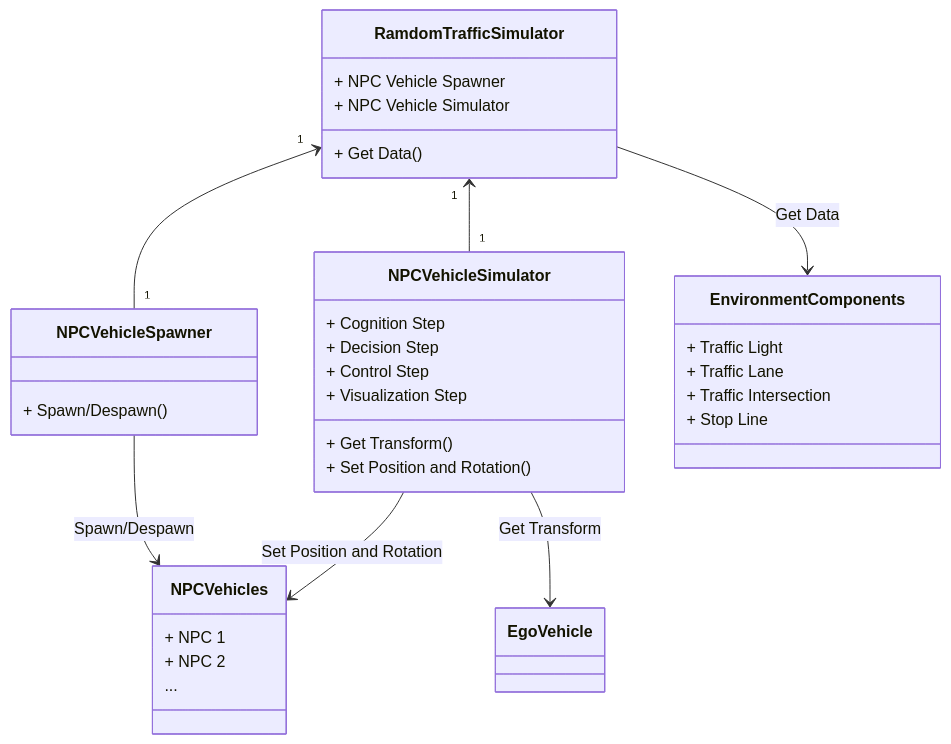
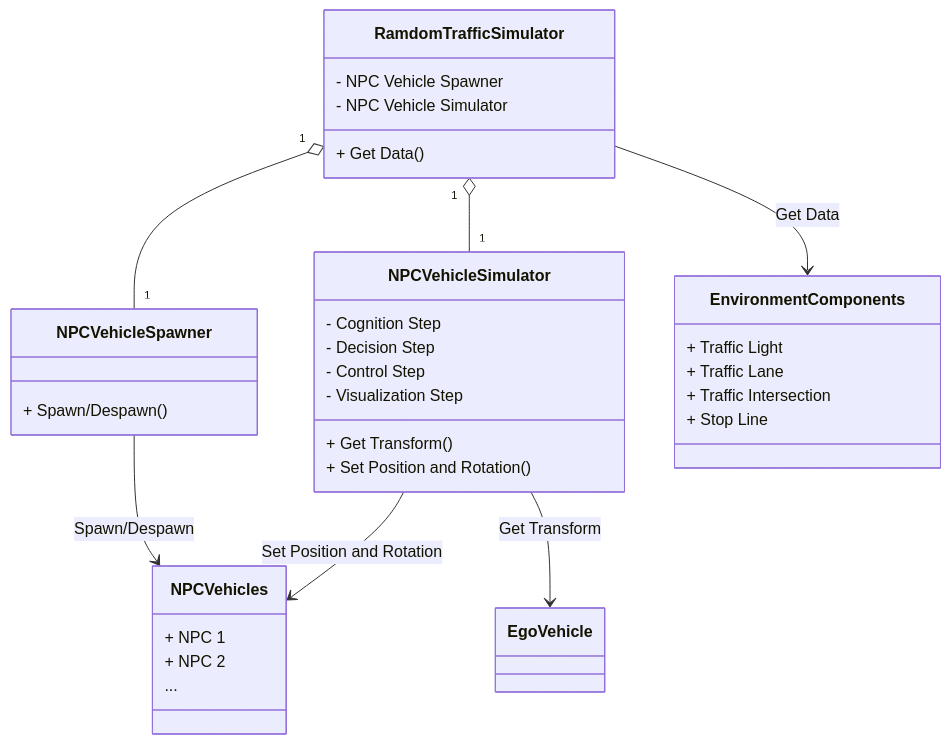
Before and after one commit to tier4/AWSIM: the diagram in docs/DeveloperGuide/Layer/Usecase/TrafficSimulation/Abstract/index.md, drawn with Mermaid.

Commit message:
docs: class diagram

````diff
--- a/docs/DeveloperGuide/Layer/Usecase/TrafficSimulation/Abstract/index.md
+++ b/docs/DeveloperGuide/Layer/Usecase/TrafficSimulation/Abstract/index.md
@@ -19,38 +19,38 @@
 ``` mermaid
 classDiagram
-    Ramdom Traffic Simulator "1" <-- "1" NPC Vehicle Spawner
-    Ramdom Traffic Simulator "1" <-- "1" NPC Vehicle Simulator
+    Ramdom Traffic Simulator "1" o-- "1" NPC Vehicle Spawner
+    Ramdom Traffic Simulator "1" o-- "1" NPC Vehicle Simulator
     NPC Vehicle Simulator --> Ego Vehicle:Get Transform
     NPC Vehicle Spawner --> NPC Vehicles:Spawn/Despawn
     NPC Vehicle Simulator --> NPC Vehicles:Set Position and Rotation
     Ramdom Traffic Simulator --> Environment Components:Get Data
     class Ramdom Traffic Simulator{
-        + NPC Vehicle Spawner
-        + NPC Vehicle Simulator
+        - NPC Vehicle Spawner
+        - NPC Vehicle Simulator
         + Get Data()
     }
     class NPC Vehicle Spawner{
         + Spawn/Despawn()
     }
     class NPC Vehicle Simulator{
-        + Cognition Step
-        + Decision Step
-        + Control Step
-        + Visualization Step
+        - Cognition Step
+        - Decision Step
+        - Control Step
+        - Visualization Step
         + Get Transform()
         + Set Position and Rotation()
     }
     class Ego Vehicle{
     }
     class NPC Vehicles{
         + NPC 1
         + NPC 2
         ...
     }
     class Environment Components{
         + Traffic Light
         + Traffic Lane
         + Traffic Intersection
         + Stop Line
     }
 ```
````
